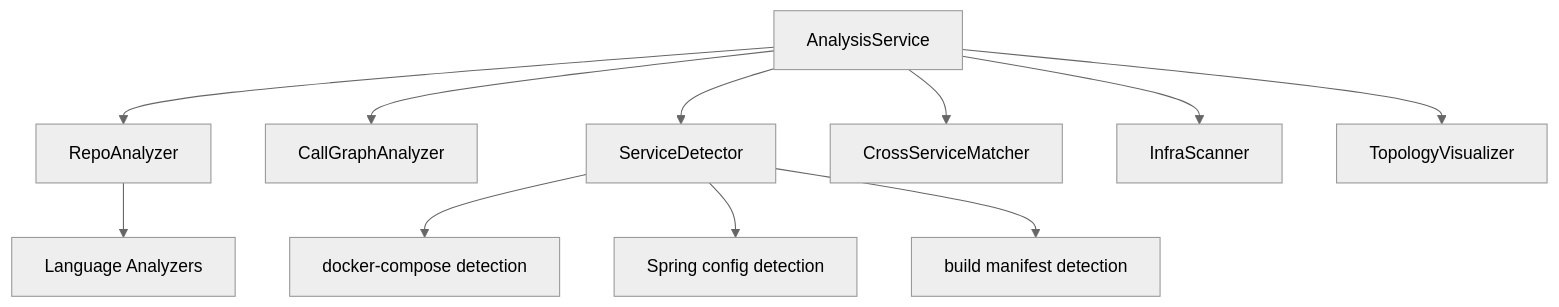
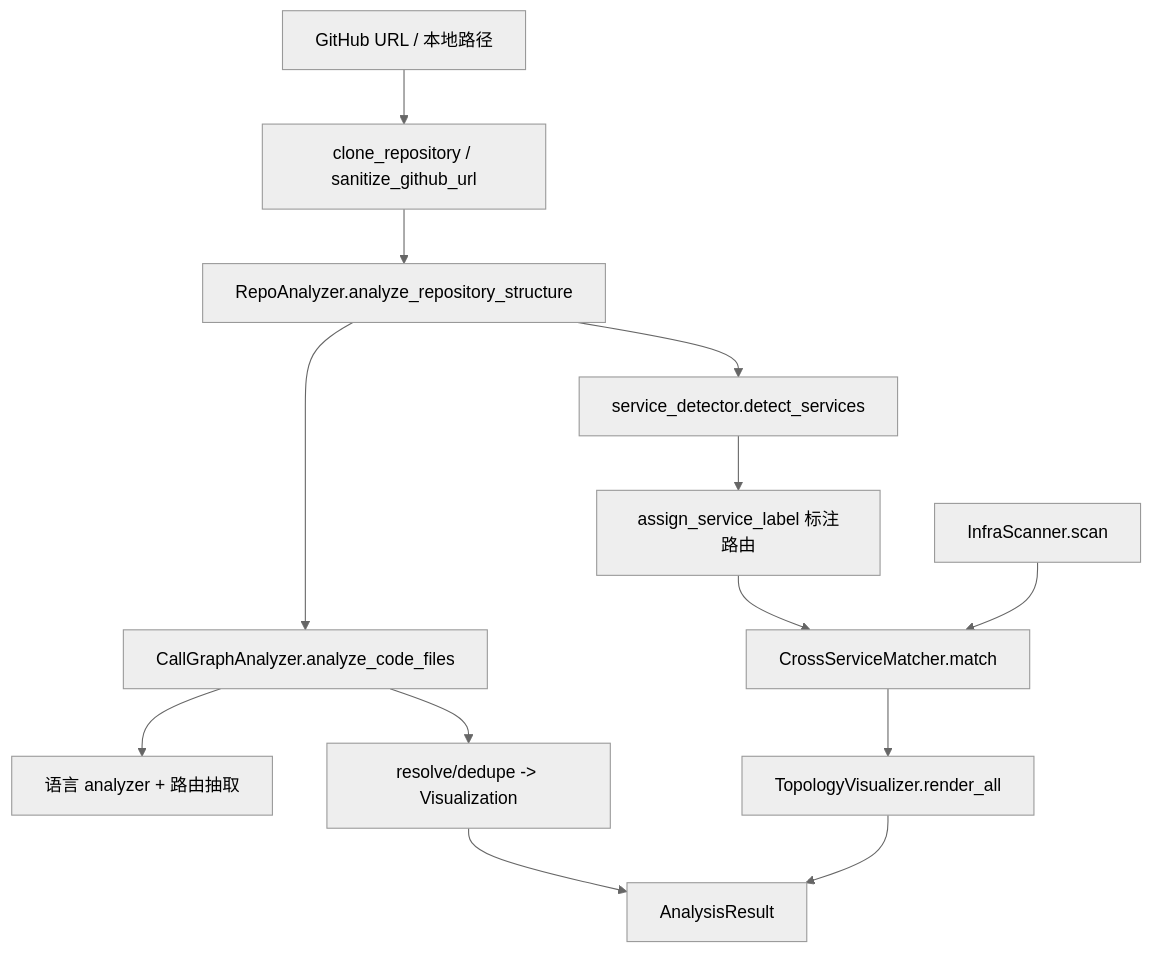
The diagram in repowiki/wiki/modules/AnalysisPipeline.md (mambo-wang/CodeWiki-Plus), drawn with Mermaid (neutral theme) before and after one commit. The commit also changed other lines of this file and 36 other files, not shown here.

````diff
--- a/repowiki/wiki/modules/AnalysisPipeline.md
+++ b/repowiki/wiki/modules/AnalysisPipeline.md
@@ -17,13 +97,15 @@
 ```mermaid
-graph TB
-    A[AnalysisService] --> B[RepoAnalyzer]
-    A --> C[CallGraphAnalyzer]
-    A --> D[ServiceDetector]
-    A --> E[CrossServiceMatcher]
-    A --> F[InfraScanner]
-    A --> G[TopologyVisualizer]
-    B --> H[Language Analyzers]
-    D --> I[docker-compose detection]
-    D --> J[Spring config detection]
-    D --> K[build manifest detection]
+flowchart TD
+  A[GitHub URL / 本地路径] --> B[clone_repository / sanitize_github_url]
+  B --> C[RepoAnalyzer.analyze_repository_structure]
+  C --> D[CallGraphAnalyzer.analyze_code_files]
+  D --> E[语言 analyzer + 路由抽取]
+  D --> F[resolve/dedupe -> Visualization]
+  C --> G[service_detector.detect_services]
+  G --> H[assign_service_label 标注路由]
+  H --> I[CrossServiceMatcher.match]
+  J[InfraScanner.scan] --> I
+  I --> K[TopologyVisualizer.render_all]
+  F --> L[AnalysisResult]
+  K --> L
 ```
````
